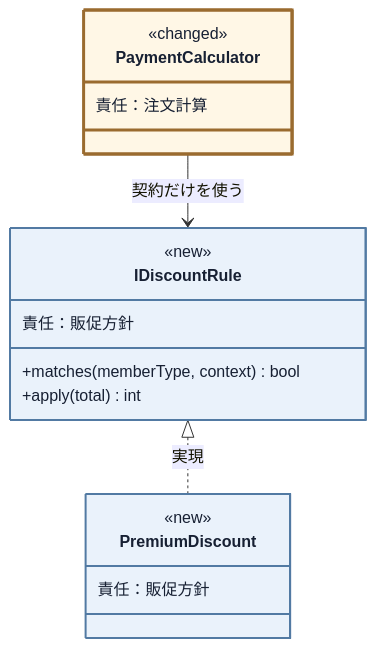
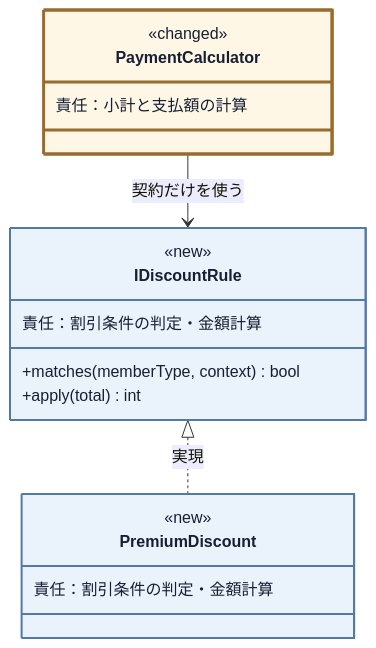
Before and after one commit to kumachan1101-pixel/DesignPattern: the tenth of 18 diagrams in kindle/design-patterns/books/volume01-core-patterns/output/03-chapter01.md, drawn with Mermaid. The commit also changed other lines of this file and 17 other files, not shown here.

````diff
--- a/kindle/design-patterns/books/volume01-core-patterns/output/03-chapter01.md
+++ b/kindle/design-patterns/books/volume01-core-patterns/output/03-chapter01.md
@@ -1422,24 +1411,24 @@
 ```mermaid
 classDiagram
     direction TB
     class PaymentCalculator:::touched {
         <<changed>>
-        責任：注文計算
+        責任：小計と支払額の計算
     }
     class IDiscountRule:::added {
         <<new>>
         <<interface>>
-        責任：販促方針
+        責任：割引条件の判定・金額計算
         +matches(memberType, context) bool
         +apply(total) int
     }
     class PremiumDiscount:::added {
         <<new>>
-        責任：販促方針
+        責任：割引条件の判定・金額計算
     }
     PaymentCalculator --> IDiscountRule : 契約だけを使う
     IDiscountRule <|.. PremiumDiscount : 実現
 
     classDef added fill:#eaf2fb,stroke:#527aa3,stroke-width:2px,color:#172033;
     classDef touched fill:#fff7e6,stroke:#9a6b2f,stroke-width:3px,color:#172033;
 ```
````
